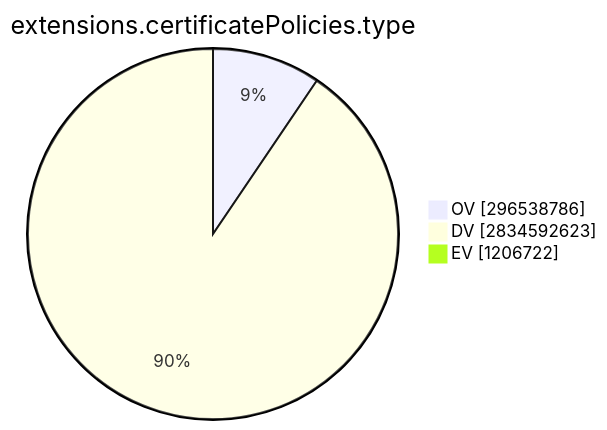
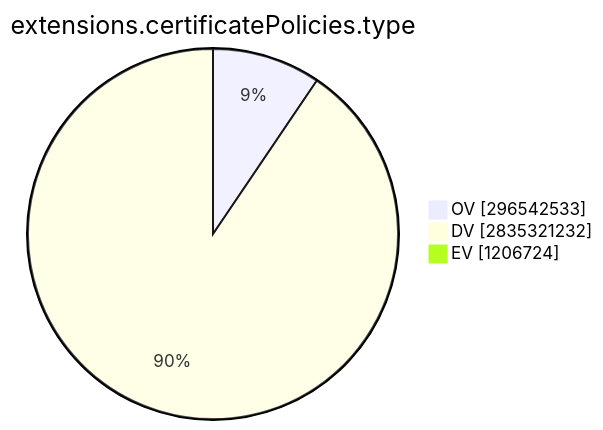
Before and after one commit to christiankrug/ctmonitor_visualization: the ninth of 15 diagrams in TOTAL/README.md, drawn with Mermaid. The commit also changed other lines of this file, not shown here.

````diff
--- a/TOTAL/README.md
+++ b/TOTAL/README.md
@@ -3099,7 +3099,7 @@
 ```mermaid
 pie showData
 title extensions.certificatePolicies.type
-"OV" :296538786
-"DV" :2834592623
-"EV" :1206722
+"OV" :296542533
+"DV" :2835321232
+"EV" :1206724
 ```
````
